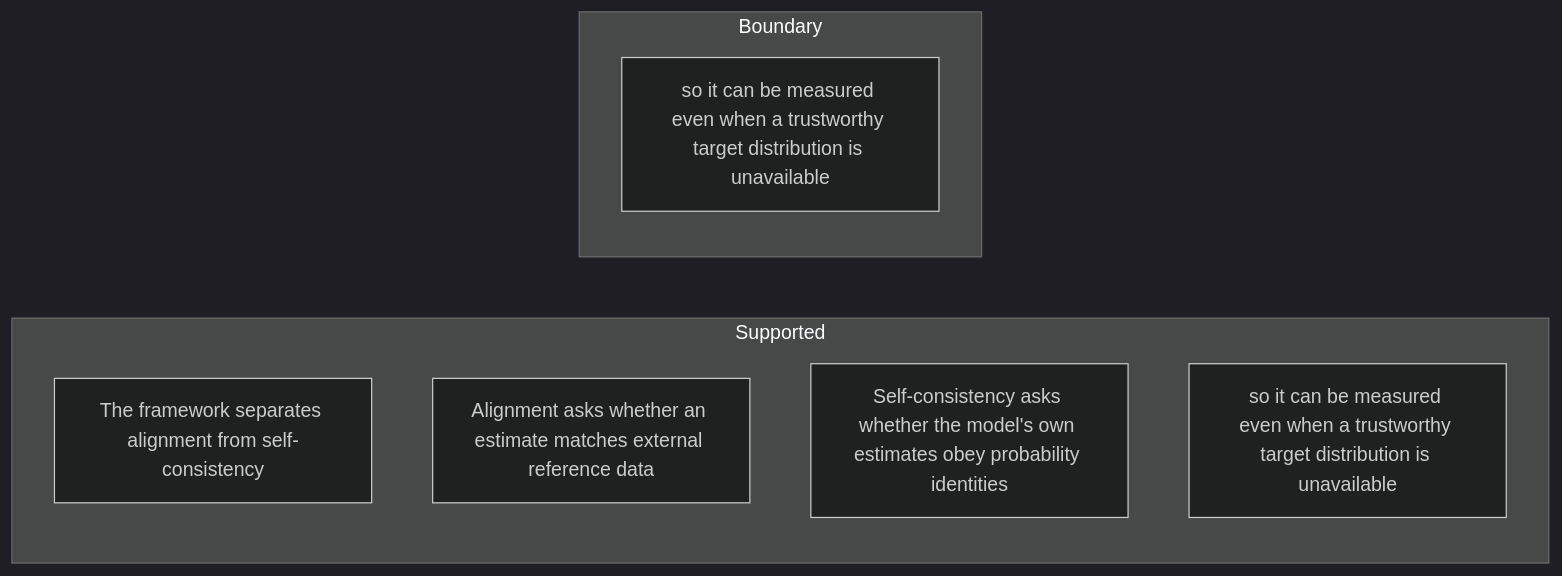
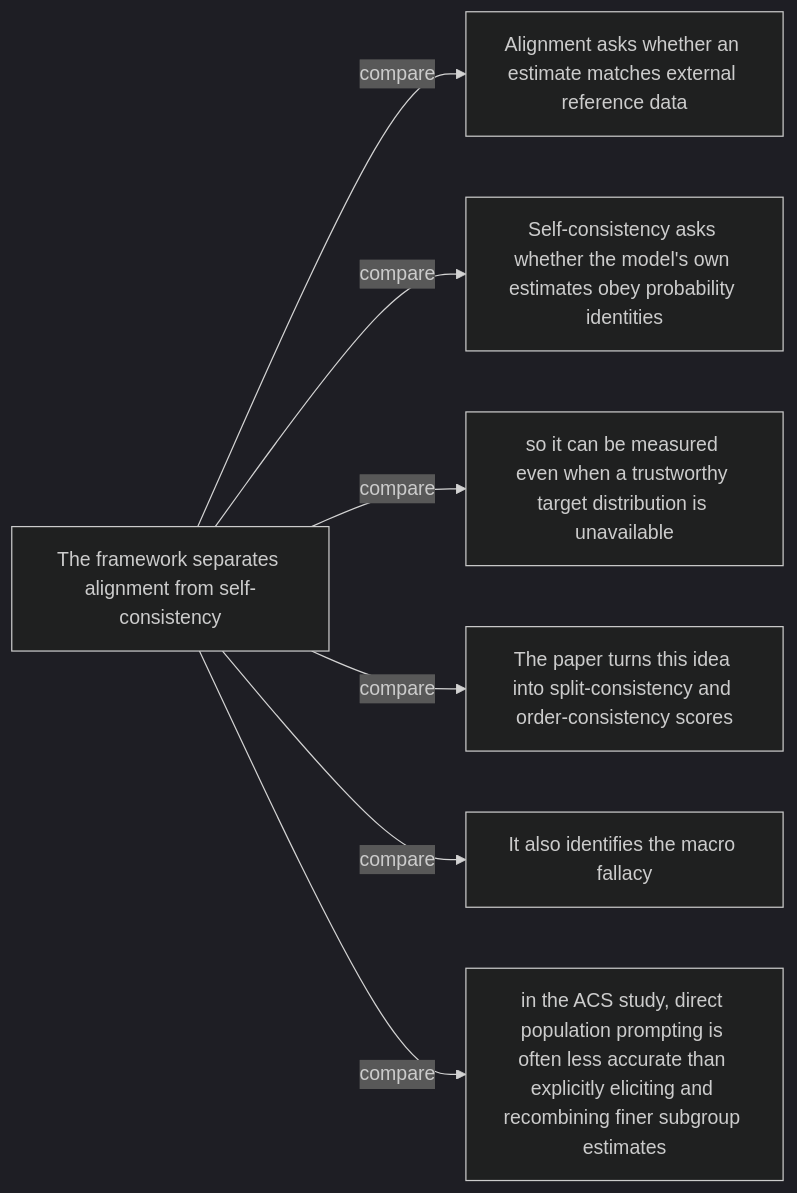
One commit to Betancourt1/paper_atlas changed the ninth of 48 diagrams in docs/visual-manifests/VISUAL_MANIFEST_PARTITION_PROMPT_AGGREGATE.md. Above: the diagram before and after it, drawn with Mermaid (dark theme). The commit also changed other lines of this file and 7 other files, not shown here.

````diff
--- a/docs/visual-manifests/VISUAL_MANIFEST_PARTITION_PROMPT_AGGREGATE.md
+++ b/docs/visual-manifests/VISUAL_MANIFEST_PARTITION_PROMPT_AGGREGATE.md
@@ -679,12 +698,16 @@
 ```mermaid
 flowchart LR
-  subgraph Supported
-    a1["The framework separates alignment from self-consistency"]
-    a2["Alignment asks whether an estimate matches external reference data"]
-    a3["Self-consistency asks whether the model's own estimates obey probability identities"]
-    a4["so it can be measured even when a trustworthy target distribution is unavailable"]
-  end
-  subgraph Boundary
-    b1["so it can be measured even when a trustworthy target distribution is unavailable"]
-  end
+  n1["The framework separates alignment from self-consistency"]
+  n2["Alignment asks whether an estimate matches external reference data"]
+  n3["Self-consistency asks whether the model's own estimates obey probability identities"]
+  n4["so it can be measured even when a trustworthy target distribution is unavailable"]
+  n5["The paper turns this idea into split-consistency and order-consistency scores"]
+  n6["It also identifies the macro fallacy"]
+  n7["in the ACS study, direct population prompting is often less accurate than explicitly eliciting and recombining finer subgroup estimates"]
+  n1 -->|"compare"| n2
+  n1 -->|"compare"| n3
+  n1 -->|"compare"| n4
+  n1 -->|"compare"| n5
+  n1 -->|"compare"| n6
+  n1 -->|"compare"| n7
 ```
````
